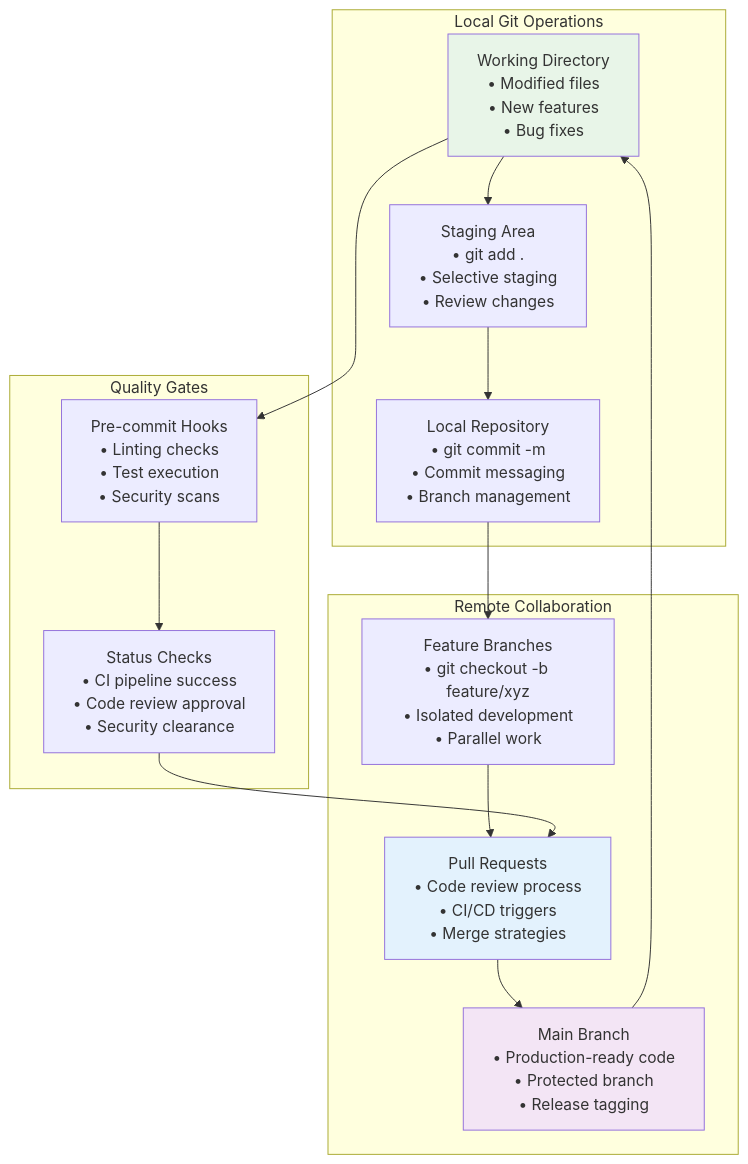
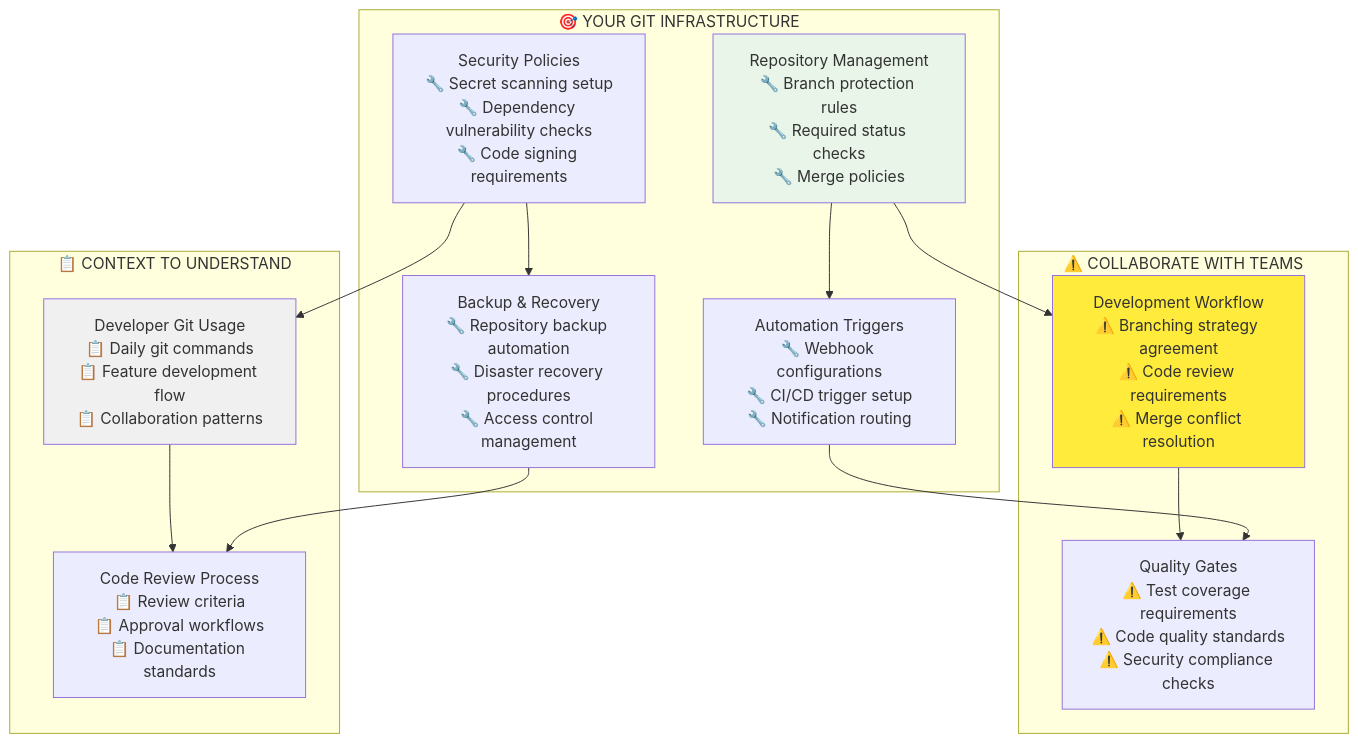
The fourth of 10 diagrams in Tech_Relationships/13-DevOps_Development_Cycle_Relationships.md (pelchers/Learning_DevOps), drawn with Mermaid before and after one commit. The commit also changed other lines of this file and 21 other files, not shown here.

````diff
--- a/Tech_Relationships/13-DevOps_Development_Cycle_Relationships.md
+++ b/Tech_Relationships/13-DevOps_Development_Cycle_Relationships.md
@@ -199,25 +194,24 @@
 ```mermaid
 flowchart TD
-    subgraph "Local Git Operations"
-        A["Working Directory<br/>• Modified files<br/>• New features<br/>• Bug fixes"] --> B["Staging Area<br/>• git add .<br/>• Selective staging<br/>• Review changes"]
-        B --> C["Local Repository<br/>• git commit -m<br/>• Commit messaging<br/>• Branch management"]
+    subgraph "🎯 YOUR GIT INFRASTRUCTURE"
+        A["Repository Management<br/>🔧 Branch protection rules<br/>🔧 Required status checks<br/>🔧 Merge policies"] --> B["Automation Triggers<br/>🔧 Webhook configurations<br/>🔧 CI/CD trigger setup<br/>🔧 Notification routing"]
+        C["Security Policies<br/>🔧 Secret scanning setup<br/>🔧 Dependency vulnerability checks<br/>🔧 Code signing requirements"] --> D["Backup & Recovery<br/>🔧 Repository backup automation<br/>🔧 Disaster recovery procedures<br/>🔧 Access control management"]
     end
     
-    subgraph "Remote Collaboration"
-        D["Feature Branches<br/>• git checkout -b feature/xyz<br/>• Isolated development<br/>• Parallel work"] --> E["Pull Requests<br/>• Code review process<br/>• CI/CD triggers<br/>• Merge strategies"]
-        E --> F["Main Branch<br/>• Production-ready code<br/>• Protected branch<br/>• Release tagging"]
+    subgraph "⚠️ COLLABORATE WITH TEAMS"
+        E["Development Workflow<br/>⚠️ Branching strategy agreement<br/>⚠️ Code review requirements<br/>⚠️ Merge conflict resolution"] --> F["Quality Gates<br/>⚠️ Test coverage requirements<br/>⚠️ Code quality standards<br/>⚠️ Security compliance checks"]
     end
     
-    subgraph "Quality Gates"
-        G["Pre-commit Hooks<br/>• Linting checks<br/>• Test execution<br/>• Security scans"] --> H["Status Checks<br/>• CI pipeline success<br/>• Code review approval<br/>• Security clearance"]
+    subgraph "📋 CONTEXT TO UNDERSTAND"
+        G["Developer Git Usage<br/>📋 Daily git commands<br/>📋 Feature development flow<br/>📋 Collaboration patterns"] --> H["Code Review Process<br/>📋 Review criteria<br/>📋 Approval workflows<br/>📋 Documentation standards"]
     end
     
-    C --> D
-    F --> A
-    A --> G
-    H --> E
+    A --> E
+    B --> F
+    C --> G
+    D --> H
     
     style A fill:#e8f5e8
-    style E fill:#e3f2fd
-    style F fill:#f3e5f5
+    style E fill:#ffeb3b
+    style G fill:#f0f0f0
 ```
````
